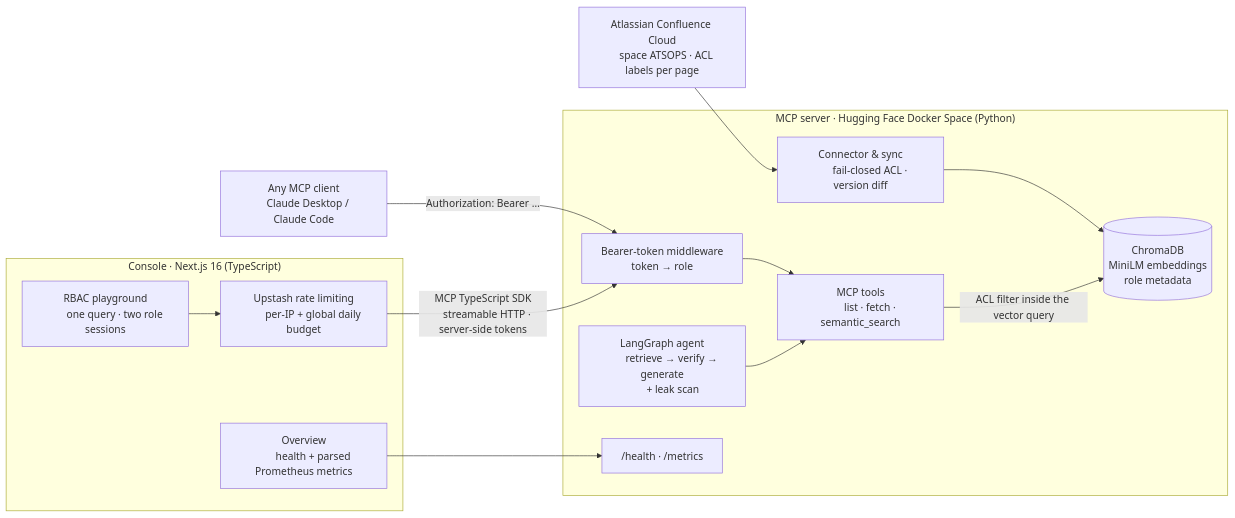
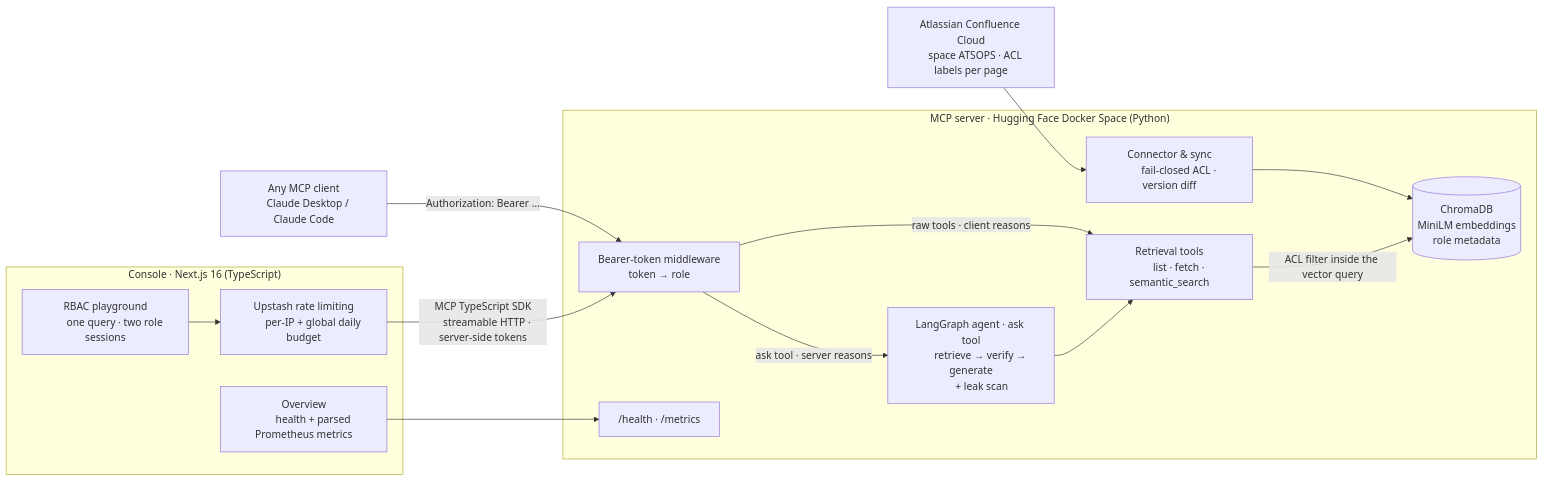
The diagram in README.md (HoodieYlya13/confluence-bot), drawn with Mermaid before and after one commit. The commit also changed other lines of this file, not shown here.

Commit message:
implement ask tool to enable LangGraph for the demo

````diff
--- a/README.md
+++ b/README.md
@@ -48,44 +48,45 @@
 ```mermaid
 flowchart LR
     CONF["Atlassian Confluence Cloud
     space ATSOPS · ACL labels per page"]
 
     subgraph SRV["MCP server · Hugging Face Docker Space (Python)"]
         SYNC["Connector & sync
         fail-closed ACL · version diff"]
         IDX[("ChromaDB
         MiniLM embeddings
         role metadata")]
         MW["Bearer-token middleware
         token → role"]
-        TOOLS["MCP tools
+        TOOLS["Retrieval tools
         list · fetch · semantic_search"]
-        AGENT["LangGraph agent
+        AGENT["LangGraph agent · ask tool
         retrieve → verify → generate
         + leak scan"]
         OBS["/health · /metrics"]
         SYNC --> IDX
-        MW --> TOOLS
+        MW -->|raw tools · client reasons| TOOLS
+        MW -->|ask tool · server reasons| AGENT
         TOOLS -->|ACL filter inside the vector query| IDX
         AGENT --> TOOLS
     end
 
     subgraph APP["Console · Next.js 16 (TypeScript)"]
         OV["Overview
         health + parsed Prometheus metrics"]
         PG["RBAC playground
         one query · two role sessions"]
         RL["Upstash rate limiting
         per-IP + global daily budget"]
         PG --> RL
     end
 
     CLIENT["Any MCP client
     Claude Desktop / Claude Code"]
 
     CONF --> SYNC
     CLIENT -->|"Authorization: Bearer …"| MW
     RL -->|"MCP TypeScript SDK
     streamable HTTP · server-side tokens"| MW
     OV --> OBS
 ```
````
